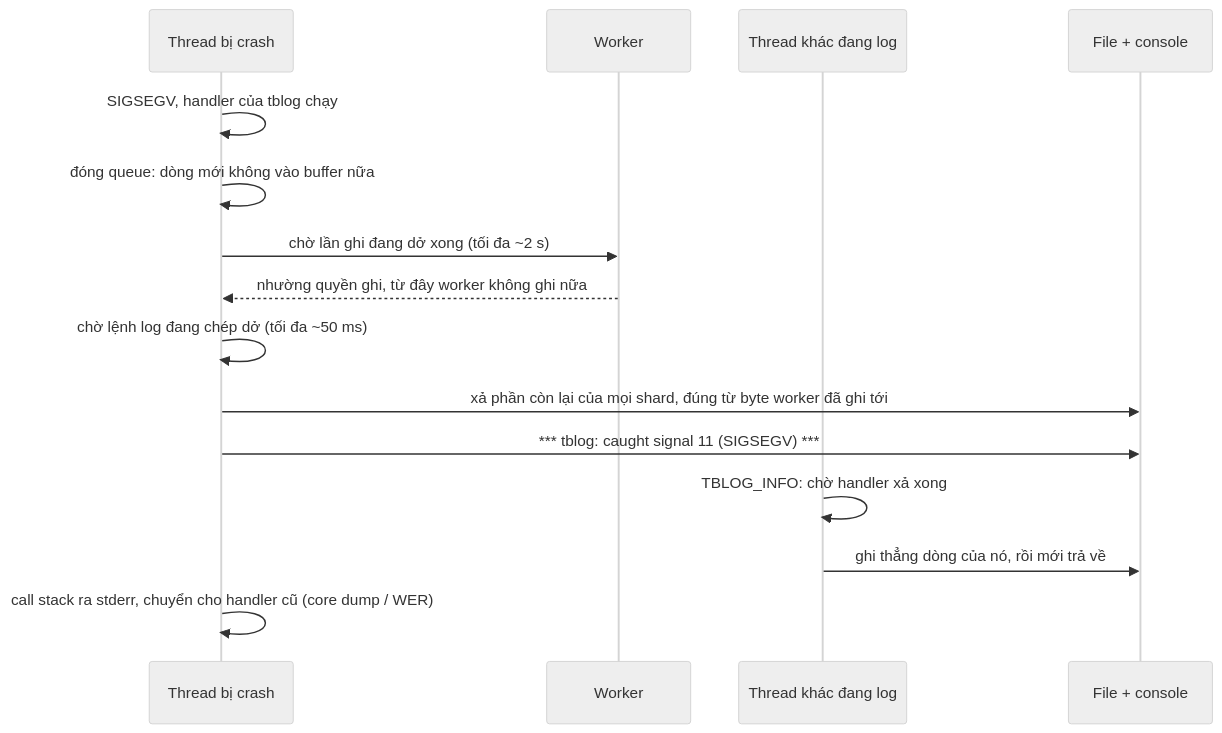
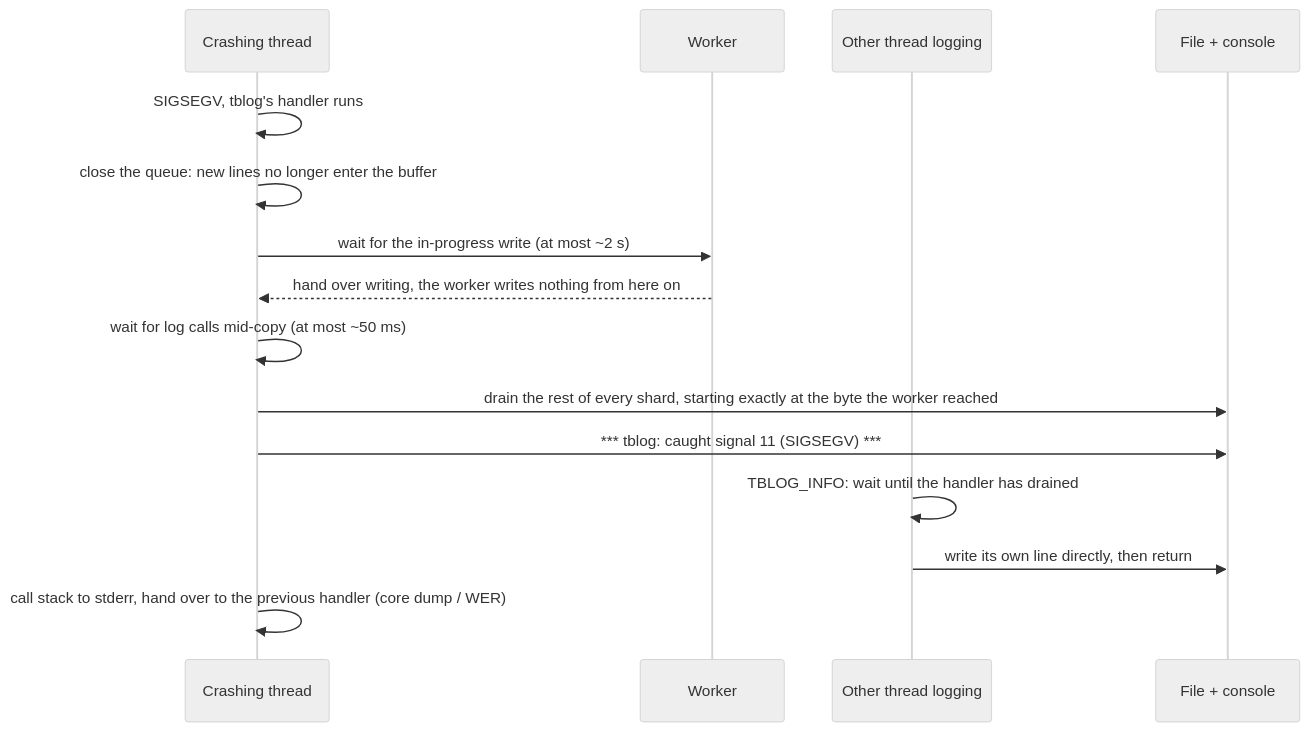
One commit to TieuBao168/tblog changed the fifth of 5 diagrams in docs/architecture.md. Above: the diagram before and after it, drawn with Mermaid (neutral theme). The commit also changed other lines of this file and 19 other files, not shown here.

````diff
--- a/docs/architecture.md
+++ b/docs/architecture.md
@@ -142,17 +144,17 @@
 ```mermaid
 sequenceDiagram
-    participant C as Thread bị crash
+    participant C as Crashing thread
     participant W as Worker
-    participant O as Thread khác đang log
+    participant O as Other thread logging
     participant F as File + console
-    C->>C: SIGSEGV, handler của tblog chạy
-    C->>C: đóng queue: dòng mới không vào buffer nữa
-    C->>W: chờ lần ghi đang dở xong (tối đa ~2 s)
-    W-->>C: nhường quyền ghi, từ đây worker không ghi nữa
-    C->>C: chờ lệnh log đang chép dở (tối đa ~50 ms)
-    C->>F: xả phần còn lại của mọi shard, đúng từ byte worker đã ghi tới
+    C->>C: SIGSEGV, tblog's handler runs
+    C->>C: close the queue: new lines no longer enter the buffer
+    C->>W: wait for the in-progress write (at most ~2 s)
+    W-->>C: hand over writing, the worker writes nothing from here on
+    C->>C: wait for log calls mid-copy (at most ~50 ms)
+    C->>F: drain the rest of every shard, starting exactly at the byte the worker reached
     C->>F: *** tblog: caught signal 11 (SIGSEGV) ***
-    O->>O: TBLOG_INFO: chờ handler xả xong
-    O->>F: ghi thẳng dòng của nó, rồi mới trả về
-    C->>C: call stack ra stderr, chuyển cho handler cũ (core dump / WER)
+    O->>O: TBLOG_INFO: wait until the handler has drained
+    O->>F: write its own line directly, then return
+    C->>C: call stack to stderr, hand over to the previous handler (core dump / WER)
 ```
````
